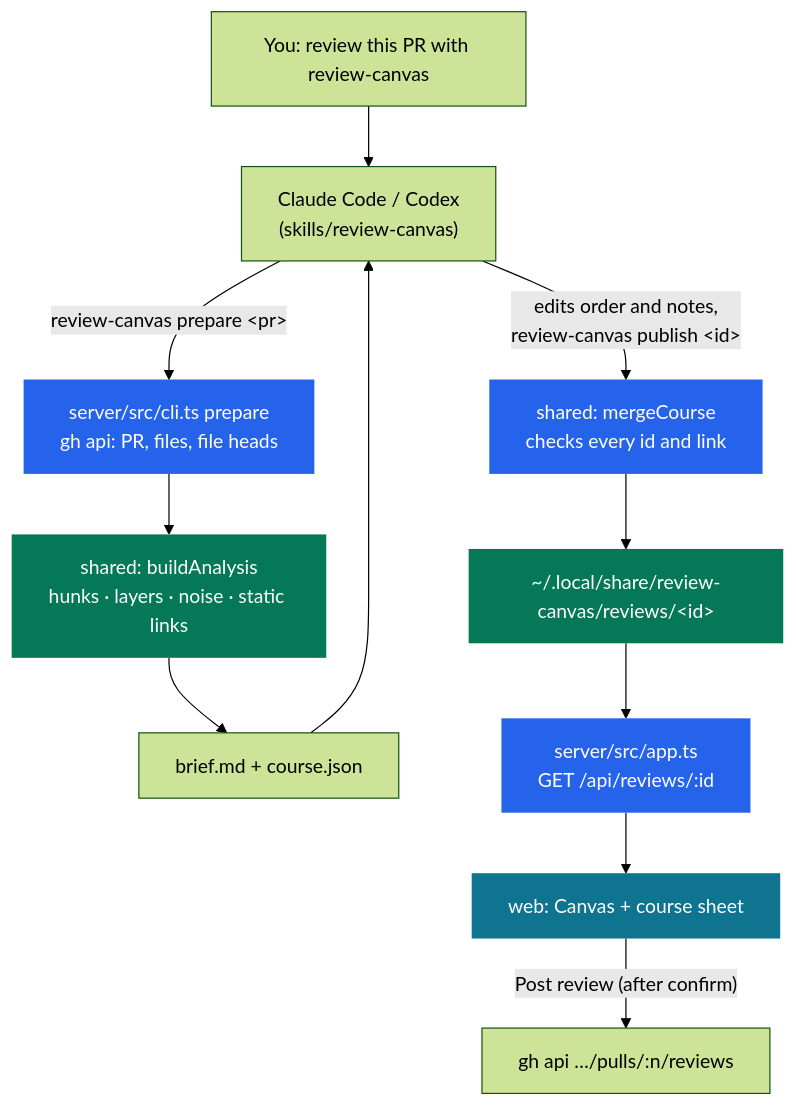
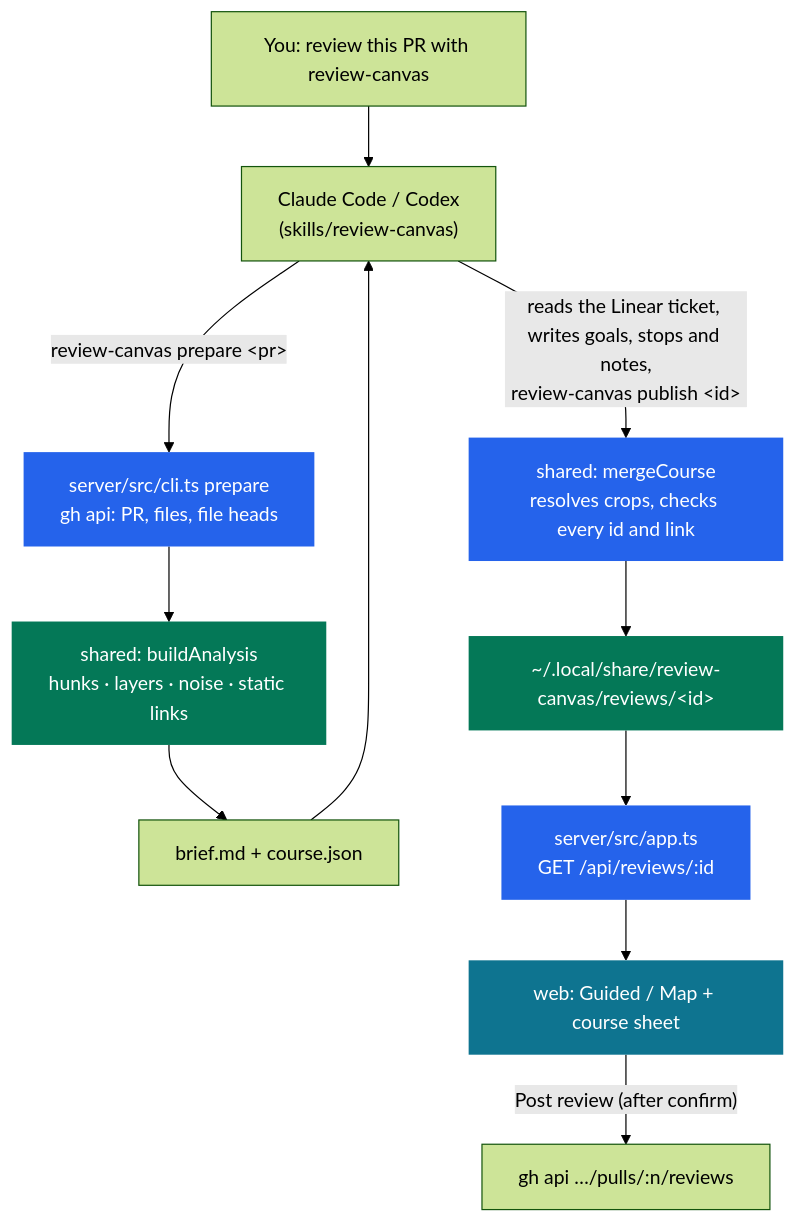
The diagram in README.md (FidelisClayton/review-canvas), drawn with Mermaid (forest theme) before and after one commit. The commit also changed other lines of this file and 3 other files, not shown here.

Commit message:
Docs: describe the goal-based course and allow agent-note styling

````diff
--- a/README.md
+++ b/README.md
@@ -20,19 +30,19 @@
 ```mermaid
 flowchart TB
   you["You: review this PR with review-canvas"] --> agent["Claude Code / Codex<br/>(skills/review-canvas)"]
   agent -->|"review-canvas prepare &lt;pr&gt;"| prepare["server/src/cli.ts prepare<br/>gh api: PR, files, file heads"]
   prepare --> analysis["shared: buildAnalysis<br/>hunks · layers · noise · static links"]
   analysis --> brief["brief.md + course.json"]
   brief --> agent
-  agent -->|"edits order and notes,<br/>review-canvas publish &lt;id&gt;"| merge["shared: mergeCourse<br/>checks every id and link"]
+  agent -->|"reads the Linear ticket, writes goals, stops and notes,<br/>review-canvas publish &lt;id&gt;"| merge["shared: mergeCourse<br/>resolves crops, checks every id and link"]
   merge --> store["~/.local/share/review-canvas/reviews/&lt;id&gt;"]
   store --> api["server/src/app.ts<br/>GET /api/reviews/:id"]
-  api --> web["web: Canvas + course sheet"]
+  api --> web["web: Guided / Map + course sheet"]
   web -->|"Post review (after confirm)"| gh["gh api …/pulls/:n/reviews"]
   class prepare,merge,api controller
   class analysis,store model
   class web frontend
   classDef controller fill:#2563eb,color:#fff,stroke:none
   classDef model fill:#047857,color:#fff,stroke:none
   classDef frontend fill:#0e7490,color:#fff,stroke:none
 ```
````
